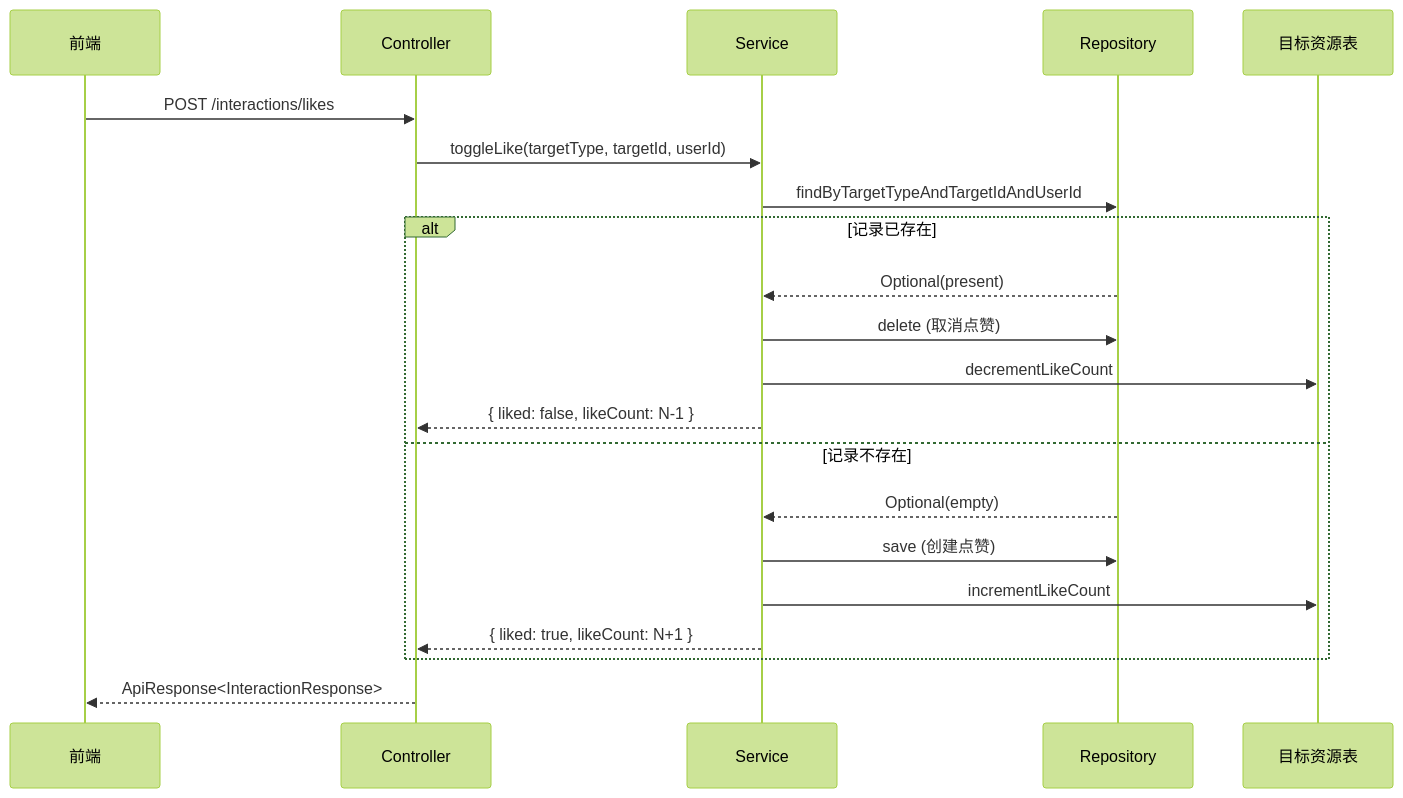
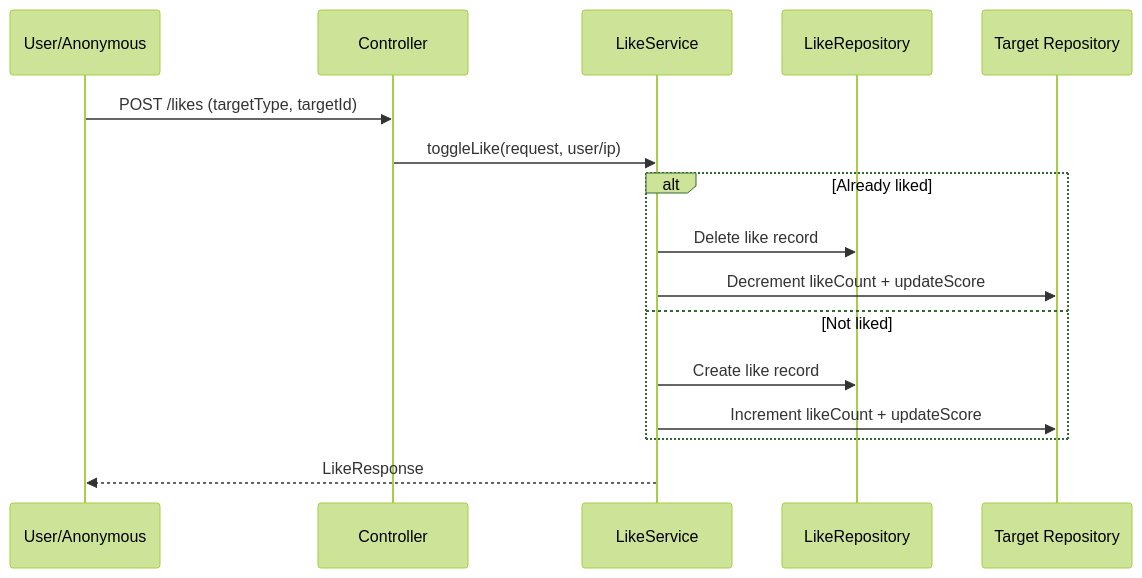
The second of 2 diagrams in repowiki/统一互动.md (mambo-wang/CodingHub), drawn with Mermaid (forest theme) before and after one commit. The commit also changed other lines of this file and 24 other files, not shown here.

````diff
--- a/repowiki/统一互动.md
+++ b/repowiki/统一互动.md
@@ -330,24 +86,18 @@
 ```mermaid
 sequenceDiagram
-    participant C as 前端
-    participant U as Controller
-    participant S as Service
-    participant R as Repository
-    participant T as 目标资源表
-
-    C->>U: POST /interactions/likes
-    U->>S: toggleLike(targetType, targetId, userId)
-    S->>R: findByTargetTypeAndTargetIdAndUserId
-    alt 记录已存在
-        R-->>S: Optional(present)
-        S->>R: delete (取消点赞)
-        S->>T: decrementLikeCount
-        S-->>U: { liked: false, likeCount: N-1 }
-    else 记录不存在
-        R-->>S: Optional(empty)
-        S->>R: save (创建点赞)
-        S->>T: incrementLikeCount
-        S-->>U: { liked: true, likeCount: N+1 }
+    participant U as User/Anonymous
+    participant C as Controller
+    participant S as LikeService
+    participant LR as LikeRepository
+    participant TR as Target Repository
+    U->>C: POST /likes (targetType, targetId)
+    C->>S: toggleLike(request, user/ip)
+    alt Already liked
+        S->>LR: Delete like record
+        S->>TR: Decrement likeCount + updateScore
+    else Not liked
+        S->>LR: Create like record
+        S->>TR: Increment likeCount + updateScore
     end
-    U-->>C: ApiResponse<InteractionResponse>
+    S-->>U: LikeResponse
 ```
````
